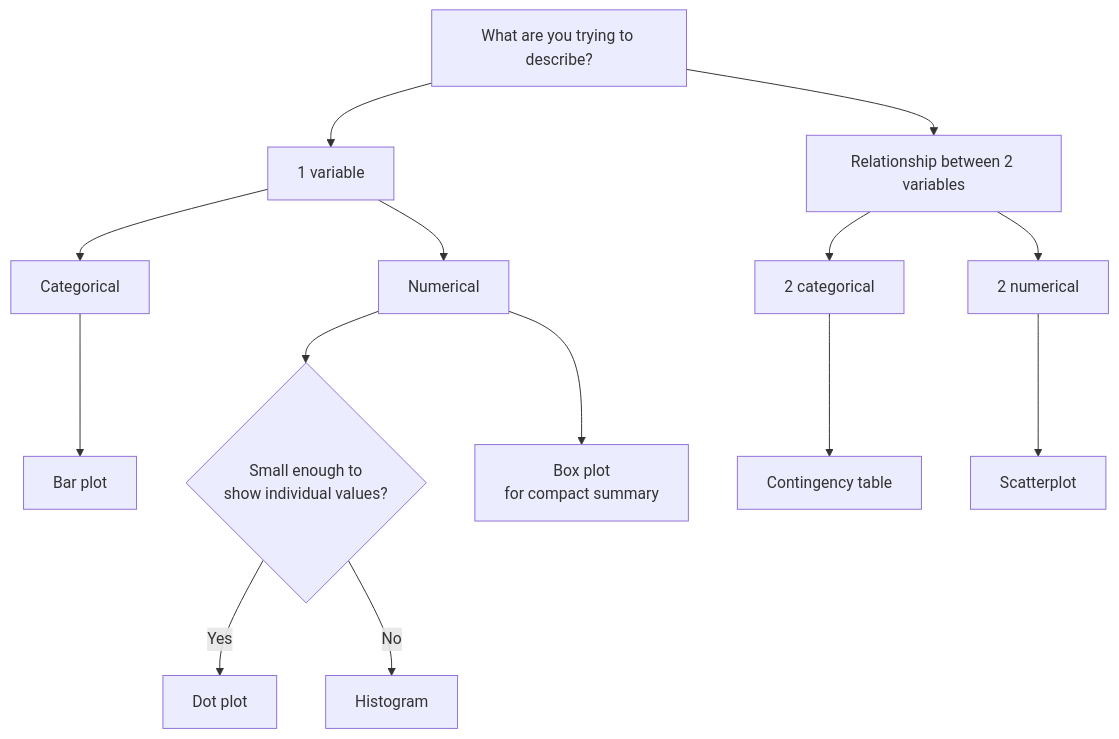
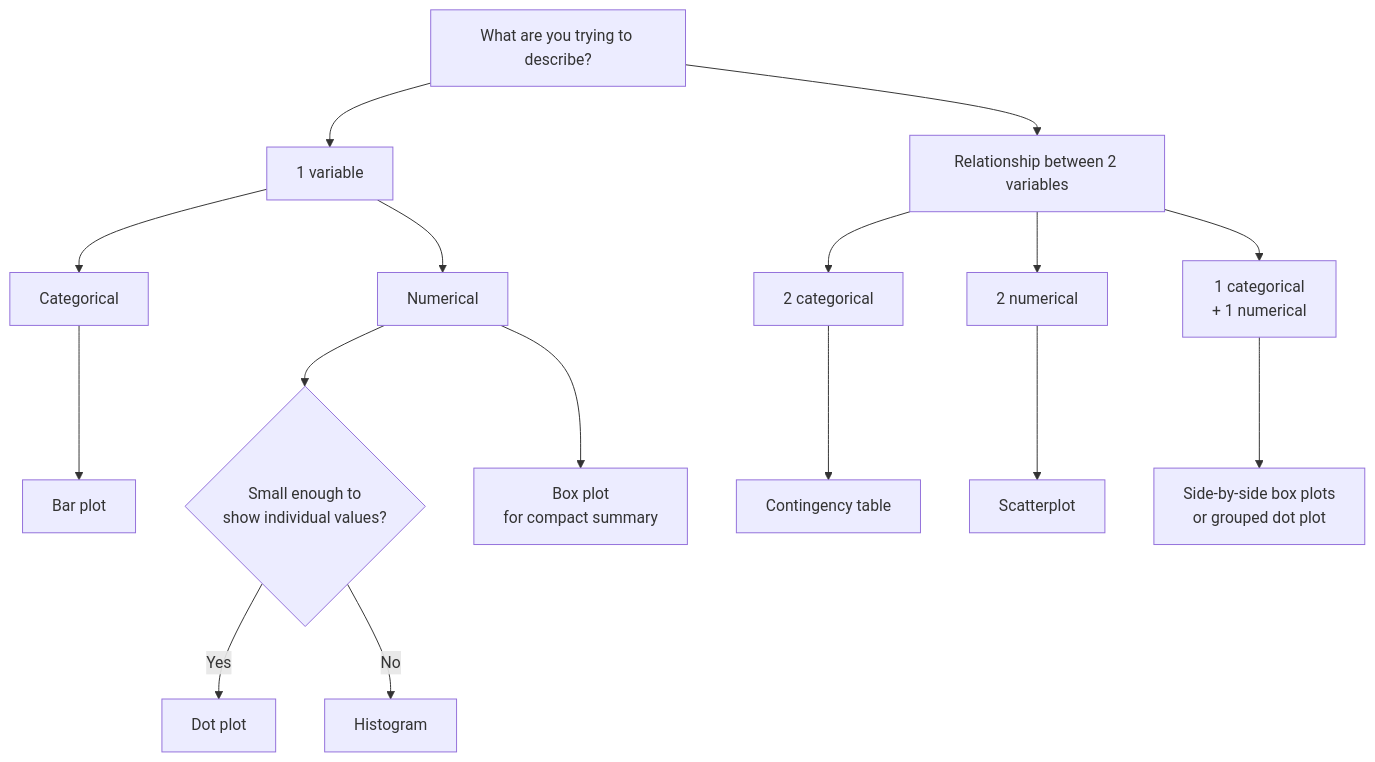
Before and after one commit to maehr/all-data-are-local: the fifth of 5 diagrams in contents/cheat-sheet.qmd, drawn with Mermaid. The commit also changed other lines of this file, not shown here.

````diff
--- a/contents/cheat-sheet.qmd
+++ b/contents/cheat-sheet.qmd
@@ -1006,23 +1060,25 @@
 ```{mermaid}
 flowchart TD
     A["What are you trying to describe?"]
 
     A --> B["1 variable"]
     A --> C["Relationship between 2 variables"]
 
     B --> D["Categorical"]
     B --> E["Numerical"]
 
     D --> F["Bar plot"]
 
     E --> G{"Small enough to<br/>show individual values?"}
     G -->|Yes| H["Dot plot"]
     G -->|No| I["Histogram"]
     E --> J["Box plot<br/>for compact summary"]
 
     C --> K["2 categorical"]
     C --> L["2 numerical"]
+    C --> O["1 categorical<br/>+ 1 numerical"]
 
     K --> M["Contingency table"]
     L --> N["Scatterplot"]
+    O --> P["Side-by-side box plots<br/>or grouped dot plot"]
 ```
````
